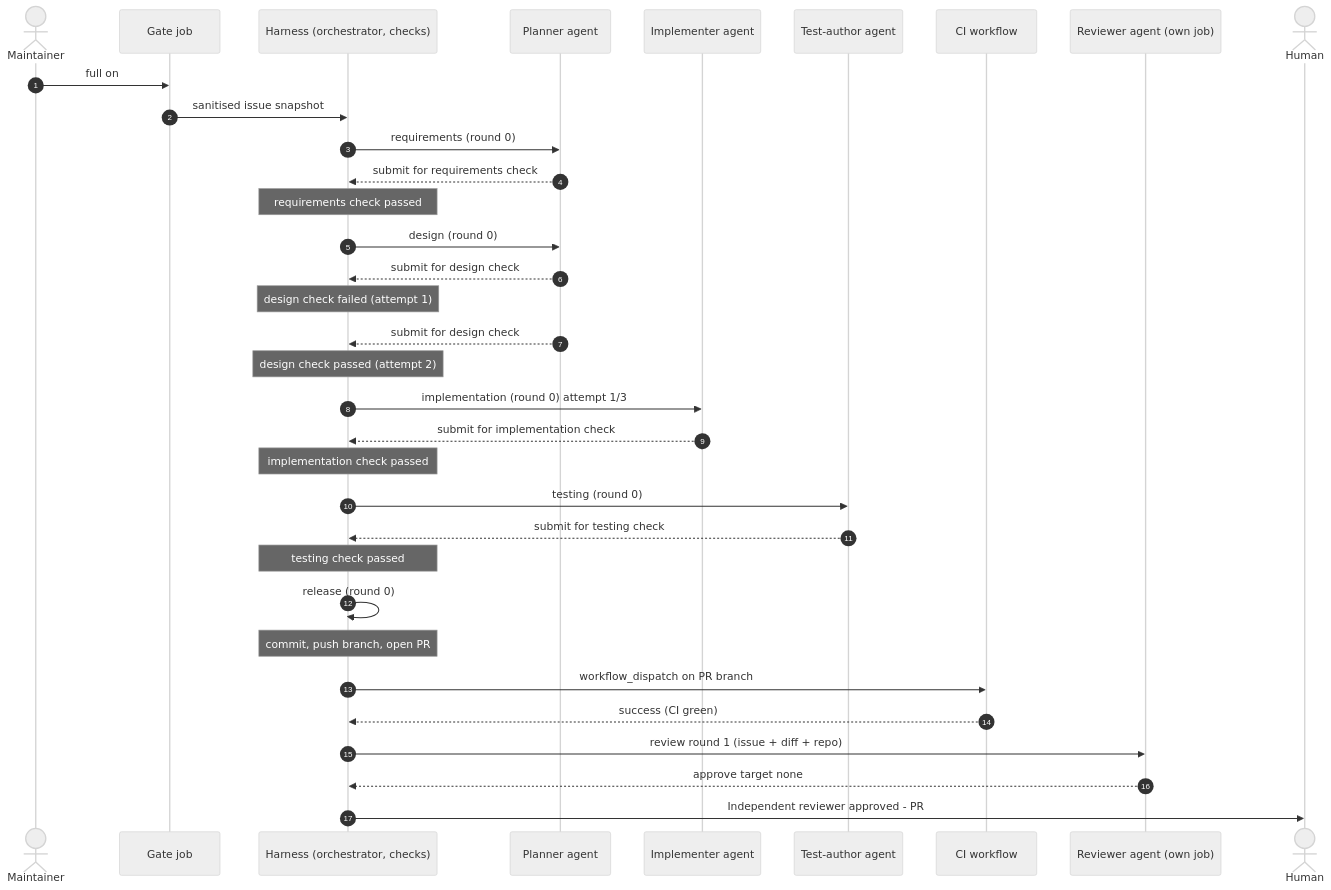
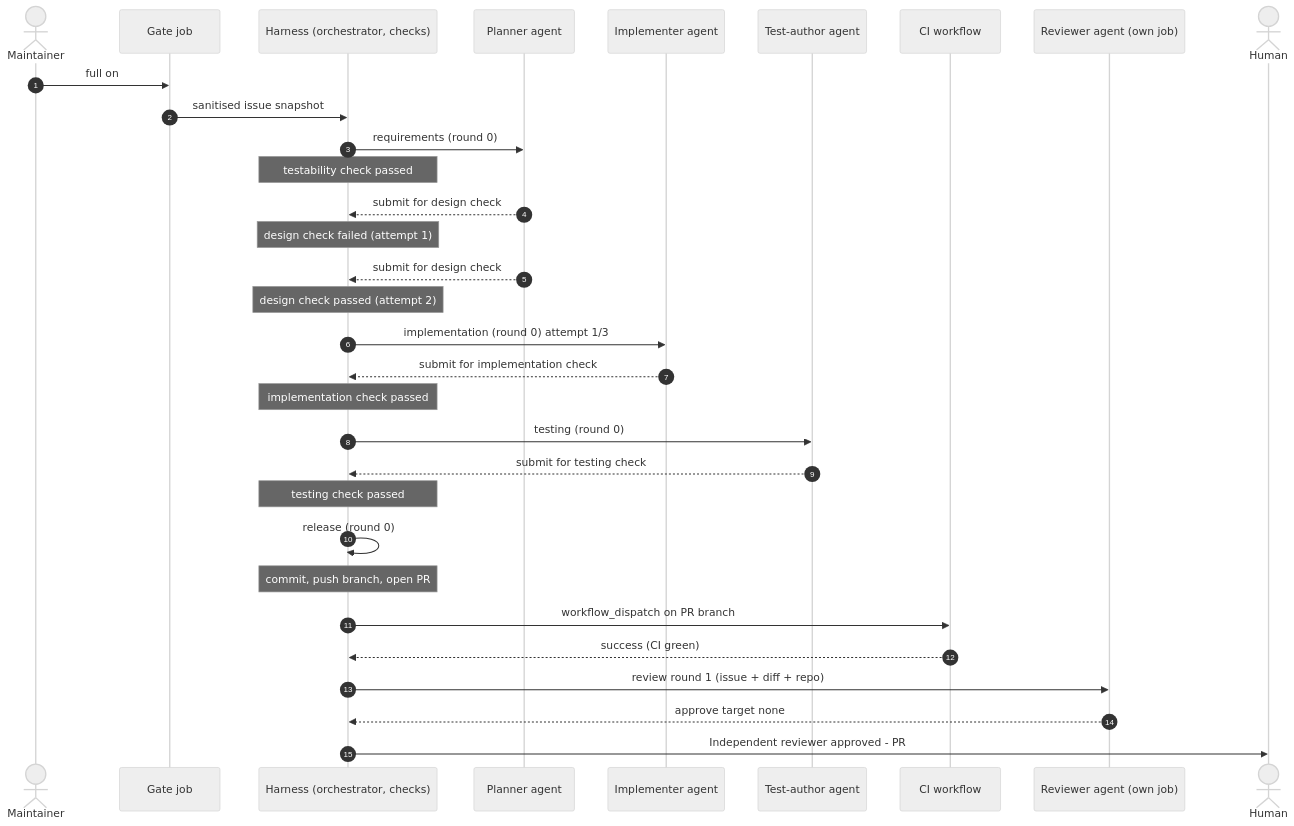
Before and after one commit to Ishaank1805/autose-a3: the second of 2 diagrams in report/report.md, drawn with Mermaid (neutral theme). The commit also changed other lines of this file and 5 other files, not shown here.

Commit message:
update report architecture views and experiment variants

````diff
--- a/report/report.md
+++ b/report/report.md
@@ -191,36 +70,34 @@
 ```mermaid
 sequenceDiagram
   autonumber
   actor M as Maintainer
   participant G as Gate job
   participant H as Harness (orchestrator, checks)
   participant P as Planner agent
   participant I as Implementer agent
   participant T as Test-author agent
   participant C as CI workflow
   participant R as Reviewer agent (own job)
   actor U as Human
   M->>G: full on #2 (baseline)
   G->>H: sanitised issue snapshot
   H->>P: requirements (round 0)
-  P-->>H: submit for requirements check
-  Note over H: requirements check passed
-  H->>P: design (round 0)
+  Note over H: testability check passed
   P-->>H: submit for design check
   Note over H: design check failed (attempt 1)
   P-->>H: submit for design check
   Note over H: design check passed (attempt 2)
   H->>I: implementation (round 0) attempt 1/3
   I-->>H: submit for implementation check
   Note over H: implementation check passed
   H->>T: testing (round 0)
   T-->>H: submit for testing check
   Note over H: testing check passed
   H->>H: release (round 0)
   Note over H: commit, push branch, open PR #13
   H->>C: workflow_dispatch on PR branch
   C-->>H: success (CI green)
   H->>R: review round 1 (issue + diff + repo)
   R-->>H: approve target none
   H->>U: Independent reviewer approved - PR #13
 ```
````
